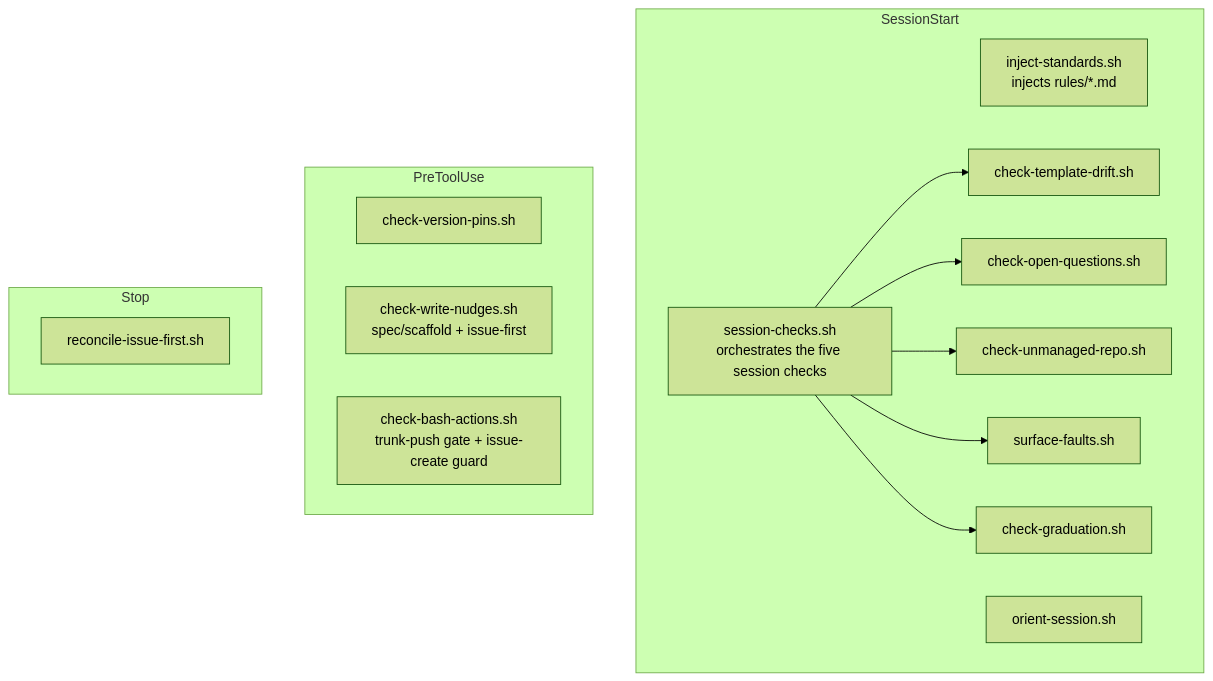
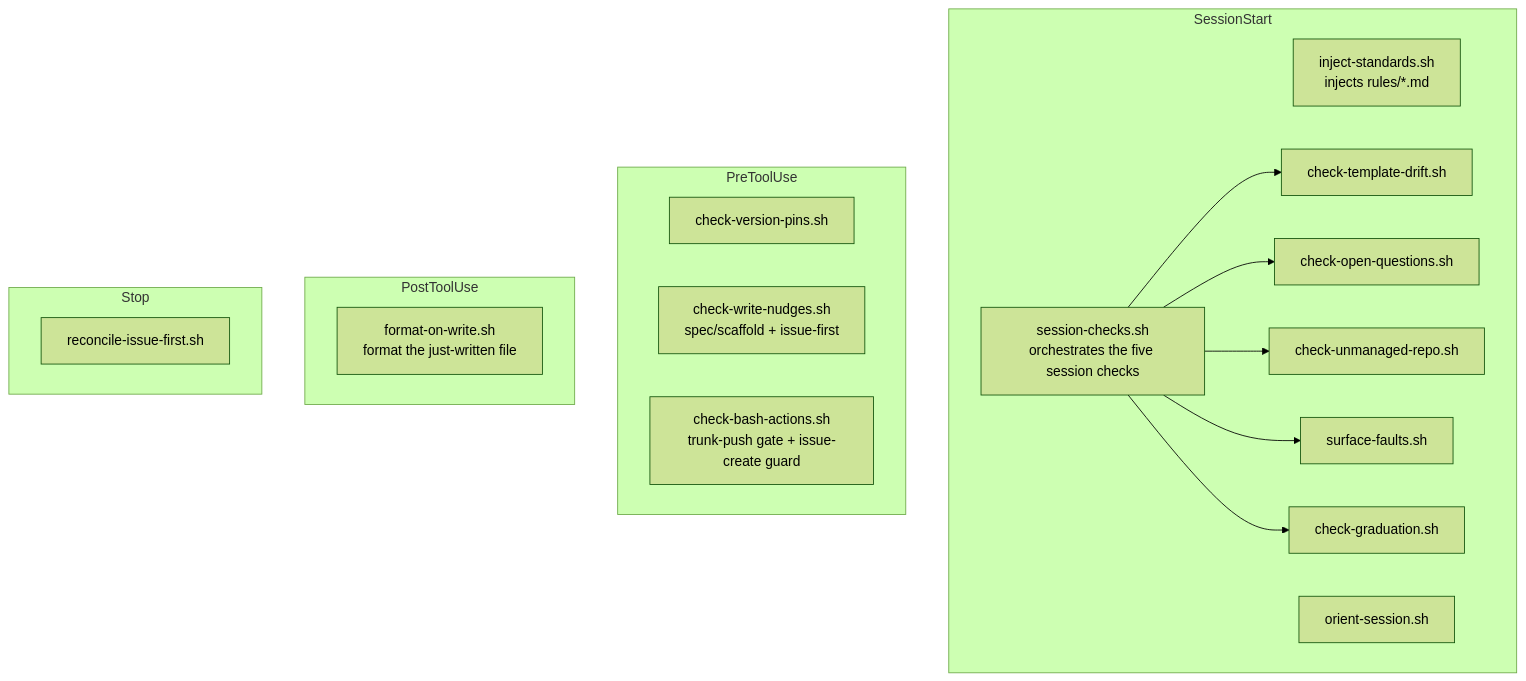
Before and after one commit to element22llc/e22-plugins: the diagram in docs/reference/hooks.md, drawn with Mermaid (forest theme). The commit also changed other lines of this file, not shown here.

Commit message:
docs(hooks): document the format-on-write PostToolUse hook

````diff
--- a/docs/reference/hooks.md
+++ b/docs/reference/hooks.md
@@ -25,21 +27,24 @@
 ```mermaid
 flowchart TD
     subgraph SessionStart
       inject[inject-standards.sh<br/>injects rules/*.md]
       checks[session-checks.sh<br/>orchestrates the five session checks]
       orient[orient-session.sh]
       checks --> drift[check-template-drift.sh]
       checks --> oq[check-open-questions.sh]
       checks --> unmanaged[check-unmanaged-repo.sh]
       checks --> faults[surface-faults.sh]
       checks --> grad[check-graduation.sh]
     end
     subgraph PreToolUse
       pins[check-version-pins.sh]
       wn[check-write-nudges.sh<br/>spec/scaffold + issue-first]
       ba[check-bash-actions.sh<br/>trunk-push gate + issue-create guard]
     end
+    subgraph PostToolUse
+      fmt[format-on-write.sh<br/>format the just-written file]
+    end
     subgraph Stop
       reconcile[reconcile-issue-first.sh]
     end
 ```
````
